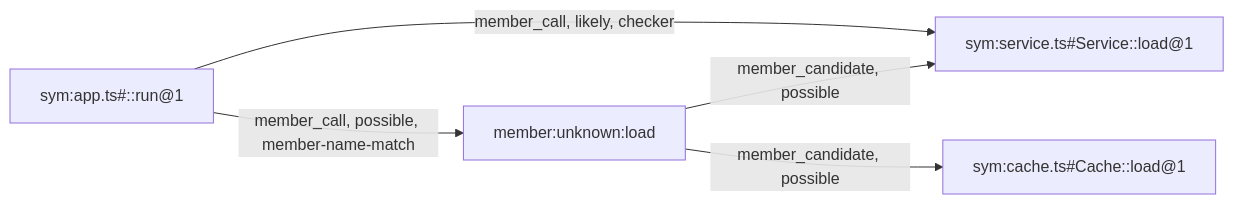
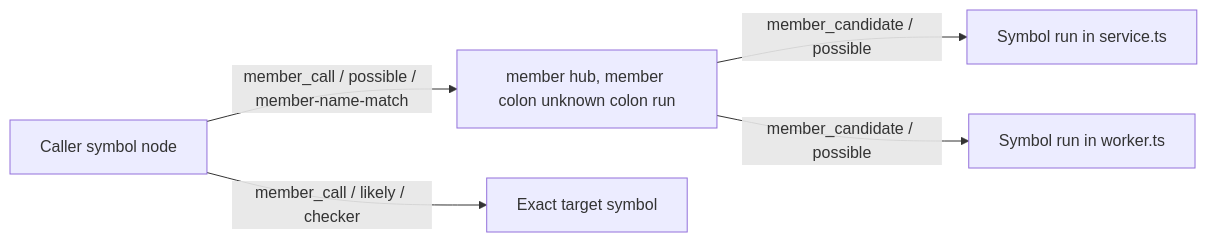
The third of 3 diagrams in docs/codebase-analysis/04-call-graph-and-surface.md (iantocristian/jscout), drawn with Mermaid before and after one commit. The commit also changed other lines of this file and 28 other files, not shown here.

````diff
--- a/docs/codebase-analysis/04-call-graph-and-surface.md
+++ b/docs/codebase-analysis/04-call-graph-and-surface.md
@@ -92,11 +111,12 @@
 ```mermaid
 flowchart LR
-  CALLER["sym:app.ts#::run@1"]
-  HUB["member:unknown:load"]
-  S1["sym:service.ts#Service::load@1"]
-  S2["sym:cache.ts#Cache::load@1"]
-  CALLER -- "member_call, possible, member-name-match" --> HUB
-  HUB -- "member_candidate, possible" --> S1
-  HUB -- "member_candidate, possible" --> S2
-  CALLER -- "member_call, likely, checker" --> S1
+    CALLER["Caller symbol node"]
+    HUB["member hub, member colon unknown colon run"]
+    C1["Symbol run in service.ts"]
+    C2["Symbol run in worker.ts"]
+    TARGET["Exact target symbol"]
+    CALLER -->|"member_call / possible / member-name-match"| HUB
+    HUB -->|"member_candidate / possible"| C1
+    HUB -->|"member_candidate / possible"| C2
+    CALLER -->|"member_call / likely / checker"| TARGET
 ```
````
